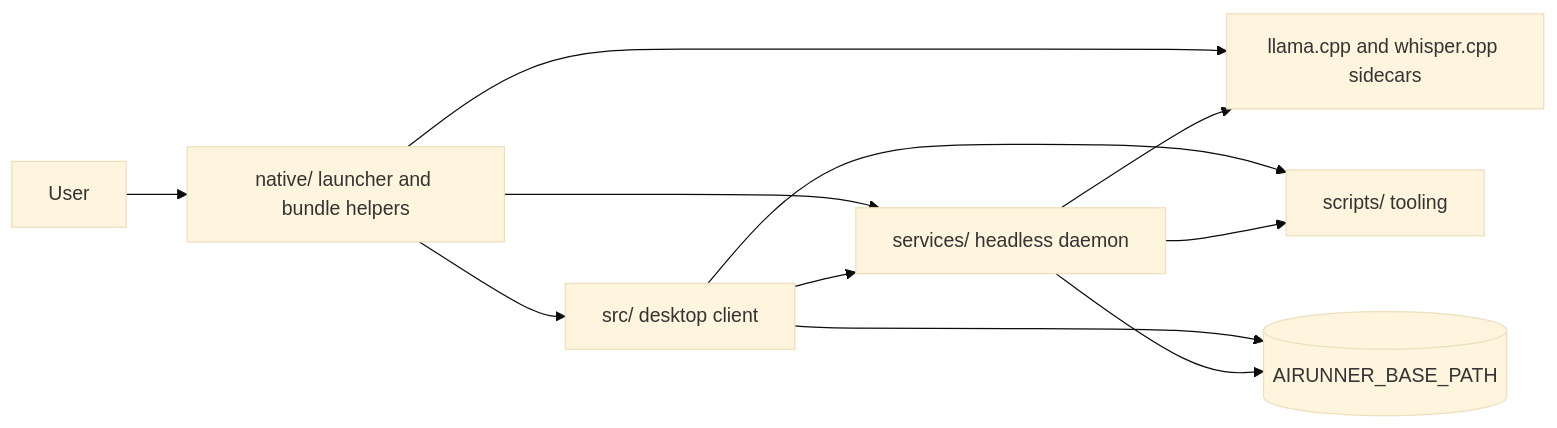
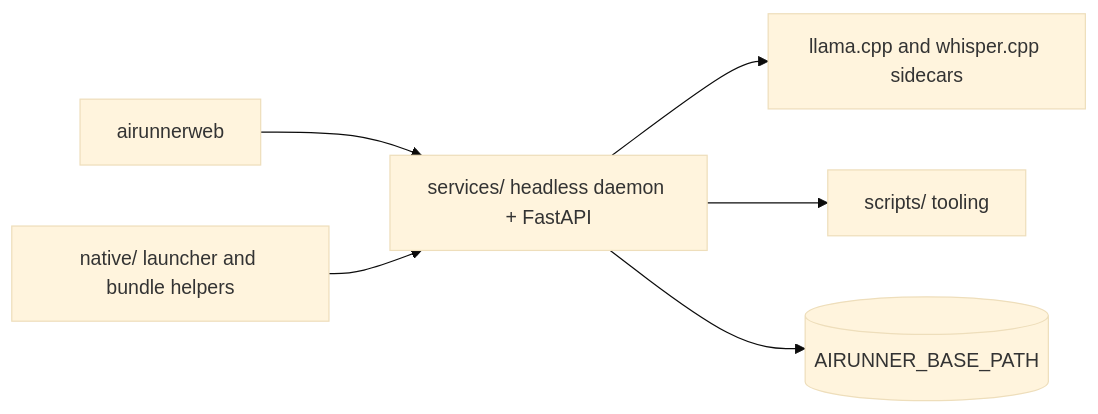
The diagram in README.md (Capsize-Games/airunner), drawn with Mermaid (base theme) before and after one commit. The commit also changed other lines of this file and 4 other files, not shown here.

````diff
--- a/README.md
+++ b/README.md
@@ -77,13 +76,8 @@
 ```mermaid
 flowchart LR
-  User[User] --> Native[native/ launcher and bundle helpers]
-  Native --> GUI[src/ desktop client]
-  Native --> Daemon[services/ headless daemon]
-  GUI --> Daemon
-  Native --> Sidecars[llama.cpp and whisper.cpp sidecars]
-  Daemon --> Sidecars
-  GUI --> Scripts[scripts/ tooling]
-  Daemon --> Scripts
-  GUI --> Data[(AIRUNNER_BASE_PATH)]
-  Daemon --> Data
+  User[airunnerweb] --> Daemon[services/ headless daemon + FastAPI]
+  Native[native/ launcher and bundle helpers] --> Daemon
+  Daemon --> Sidecars[llama.cpp and whisper.cpp sidecars]
+  Daemon --> Scripts[scripts/ tooling]
+  Daemon --> Data[(AIRUNNER_BASE_PATH)]
 ```
````
